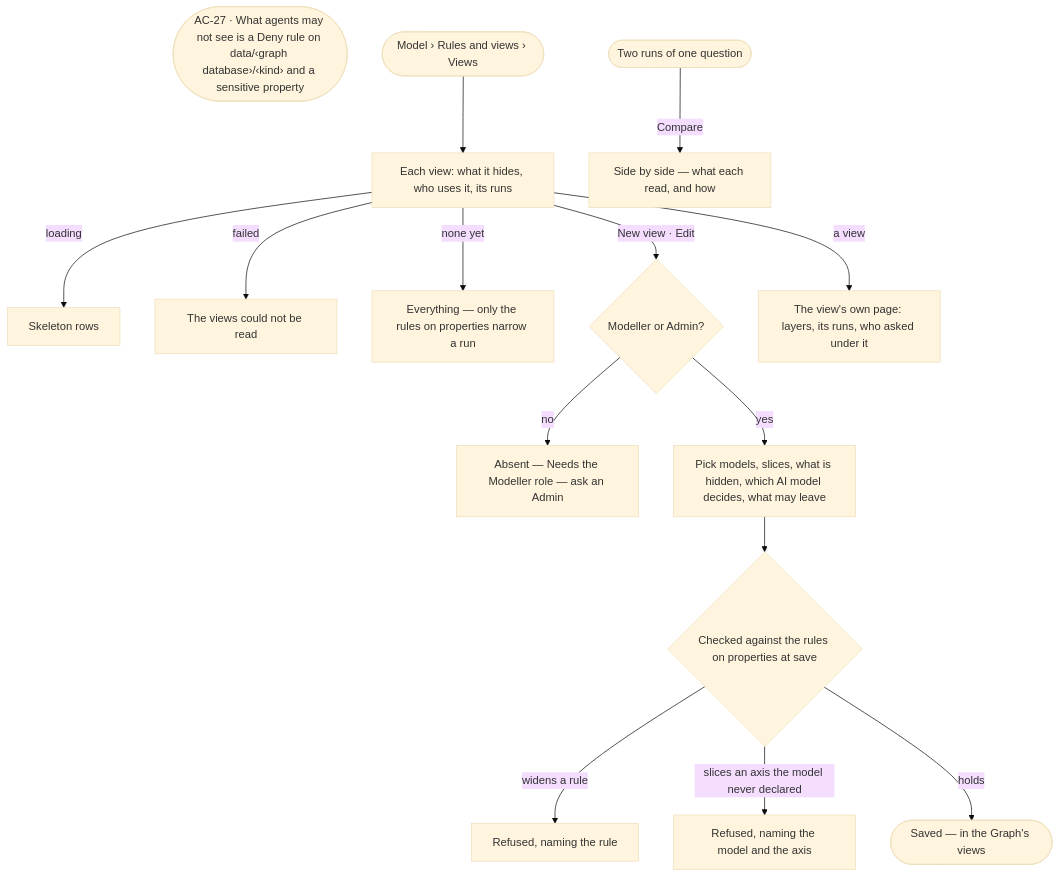
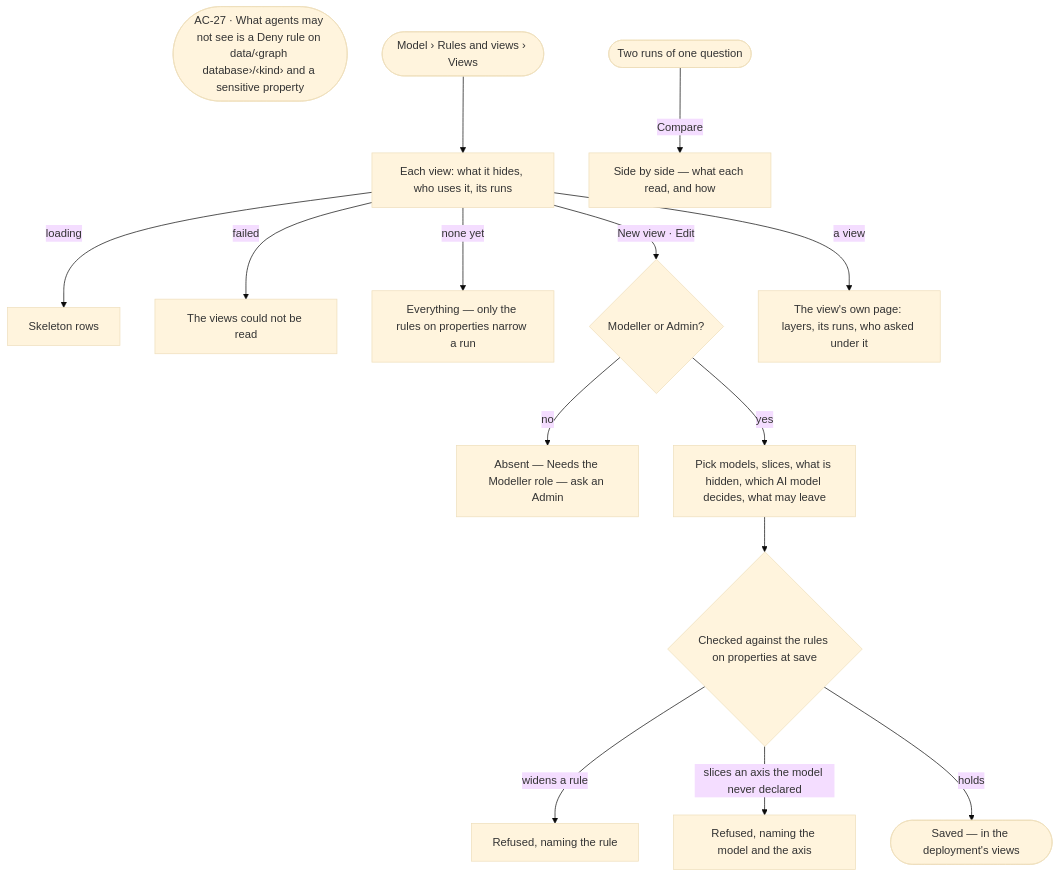
The first of 2 diagrams in specs/capabilities/semantics/features/SE-F09-views-of-the-graph/feature.md (invana/invana), drawn with Mermaid (base theme) before and after one commit. The commit also changed other lines of this file and 69 other files, not shown here.

First line of the commit message:
feat(specs): retire Graph as an object — Graph Data is the screen word

````diff
--- a/specs/capabilities/semantics/features/SE-F09-views-of-the-graph/feature.md
+++ b/specs/capabilities/semantics/features/SE-F09-views-of-the-graph/feature.md
@@ -21,17 +21,17 @@
 ```mermaid
 flowchart TD
   kept(["AC-27 · What agents may not see is a Deny rule on data/‹graph database›/‹kind› and a sensitive property"])
   start([Model › Rules and views › Views]) --> v["Each view: what it hides, who uses it, its runs"]
   v -->|loading| sk["Skeleton rows"]
   v -->|failed| f["The views could not be read"]
   v -->|none yet| v0["Everything — only the rules on properties narrow a run"]
   v -->|New view · Edit| ed{Modeller or Admin?}
   ed -->|no| na["Absent — Needs the Modeller role — ask an Admin"]
   ed -->|yes| pick["Pick models, slices, what is hidden, which AI model decides, what may leave"]
   pick --> val{Checked against the rules on properties at save}
   val -->|widens a rule| vr["Refused, naming the rule"]
   val -->|slices an axis the model never declared| va["Refused, naming the model and the axis"]
-  val -->|holds| saved(["Saved — in the Graph's views"])
+  val -->|holds| saved(["Saved — in the deployment's views"])
   v -->|a view| board["The view's own page: layers, its runs, who asked under it"]
   runs([Two runs of one question]) -->|Compare| cmp["Side by side — what each read, and how"]
 ```
````
